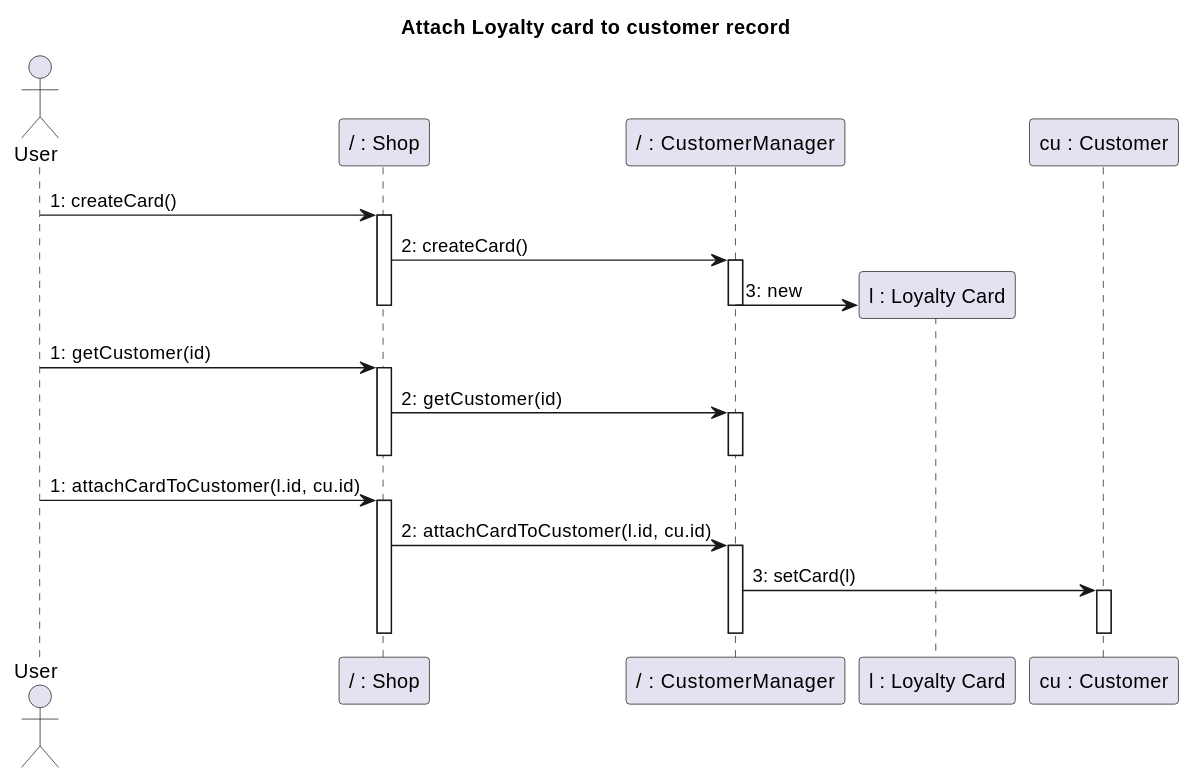
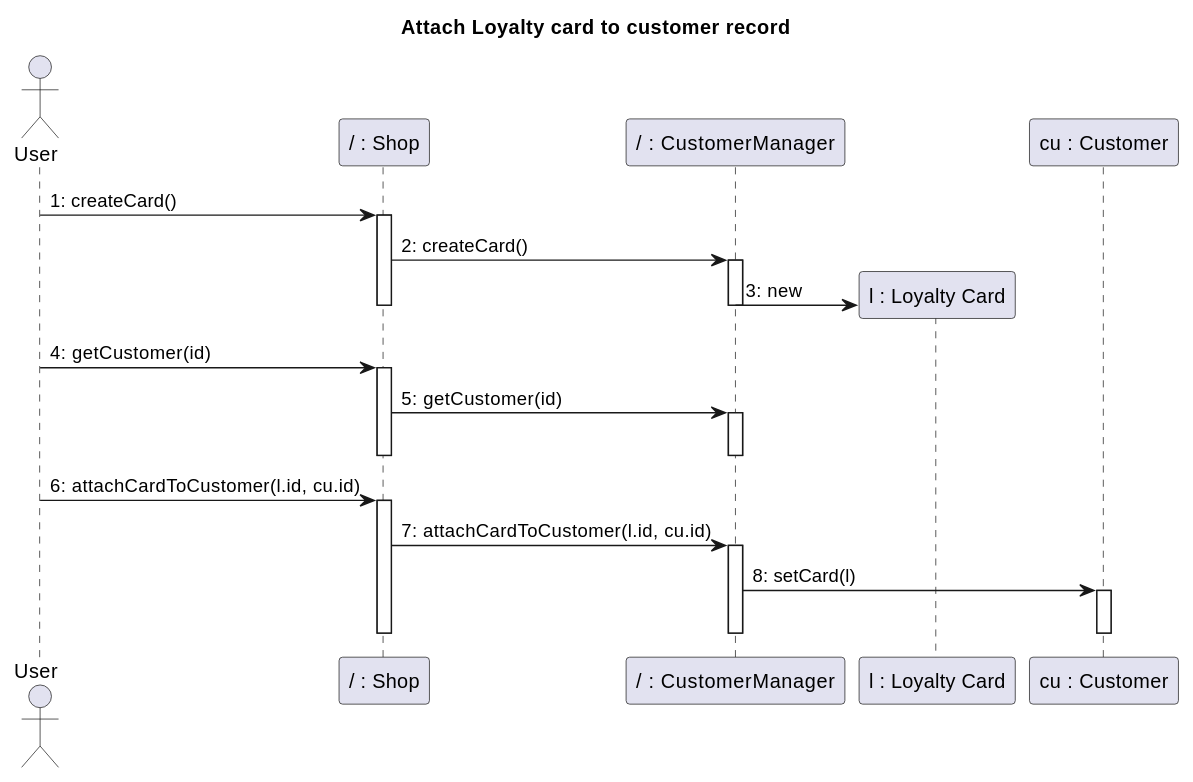
One commit to nicolabattaglino/ezshop changed diagram 15 of 30 in Deliverables/DesignDocument.md. Above: the diagram before and after it, drawn with PlantUML. The commit also changed other lines of this file, not shown here.

````diff
--- a/Deliverables/DesignDocument.md
+++ b/Deliverables/DesignDocument.md
@@ -828,38 +828,38 @@
 ```plantuml
 @startuml
 
 title Attach Loyalty card to customer record
 actor User
 participant "/ : Shop" as Shop
 participant "/ : CustomerManager" as CustomerManager
 participant "l : Loyalty Card" as LoyaltyCard
 participant "cu : Customer" as Customer
 
 User -> Shop: 1: createCard()
 activate Shop
 Shop -> CustomerManager: 2: createCard()
 activate CustomerManager
 create LoyaltyCard
 CustomerManager -> LoyaltyCard: 3: new
 deactivate CustomerManager
 deactivate Shop
 
-User -> Shop: 1: getCustomer(id)
+User -> Shop: 4: getCustomer(id)
 activate Shop
-Shop -> CustomerManager: 2: getCustomer(id)
+Shop -> CustomerManager: 5: getCustomer(id)
 activate CustomerManager
 deactivate CustomerManager
 deactivate Shop
 
-User -> Shop: 1: attachCardToCustomer(l.id, cu.id) 
+User -> Shop: 6: attachCardToCustomer(l.id, cu.id) 
 activate Shop
-Shop -> CustomerManager: 2: attachCardToCustomer(l.id, cu.id)
+Shop -> CustomerManager: 7: attachCardToCustomer(l.id, cu.id)
 activate CustomerManager
-CustomerManager -> Customer: 3: setCard(l)
+CustomerManager -> Customer: 8: setCard(l)
 activate Customer
 deactivate Customer
 deactivate CustomerManager
 deactivate Shop
 
 @enduml
 ```
````
